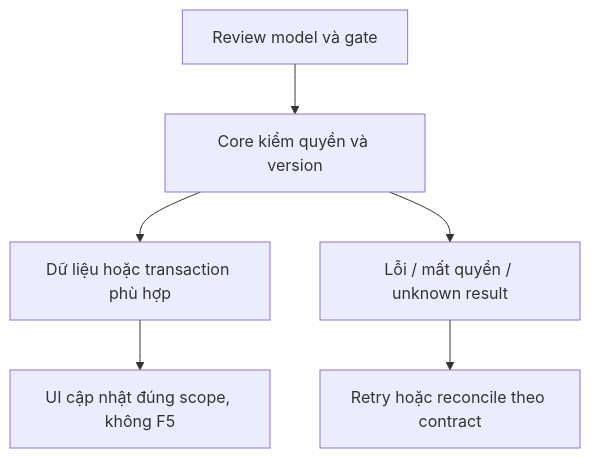
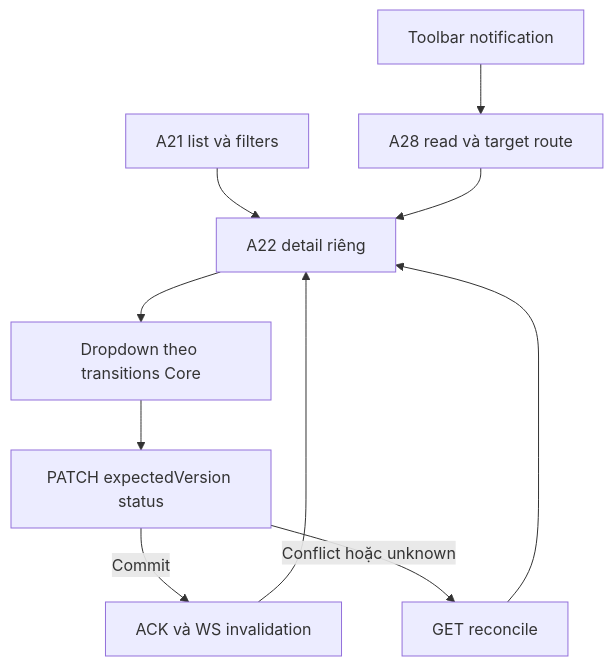
The diagram in docs/ui/staff/plans/tickets/04-list-detail-ui.md (natuan05/LifeInsuranceAIAssistant), drawn with Mermaid before and after one commit. The commit also changed other lines of this file and 81 other files, not shown here.

Commit message:
feat(tickets): implement ticket data model, status transitions and staff management UI

````diff
--- a/docs/ui/staff/plans/tickets/04-list-detail-ui.md
+++ b/docs/ui/staff/plans/tickets/04-list-detail-ui.md
@@ -23,8 +45,12 @@
 ```mermaid
 flowchart TD
-  A[Review model và gate] --> B[Core kiểm quyền và version]
-  B --> C[Dữ liệu hoặc transaction phù hợp]
-  C --> D[UI cập nhật đúng scope, không F5]
-  B --> E[Lỗi / mất quyền / unknown result]
-  E --> F[Retry hoặc reconcile theo contract]
+  A[A21 list và filters] --> B[A22 detail riêng]
+  B --> C[Dropdown theo transitions Core]
+  C --> D[PATCH expectedVersion status]
+  D -->|Commit| E[ACK và WS invalidation]
+  D -->|Conflict hoặc unknown| F[GET reconcile]
+  E --> B
+  F --> B
+  G[Toolbar notification] --> H[A28 read và target route]
+  H --> B
 ```
````
